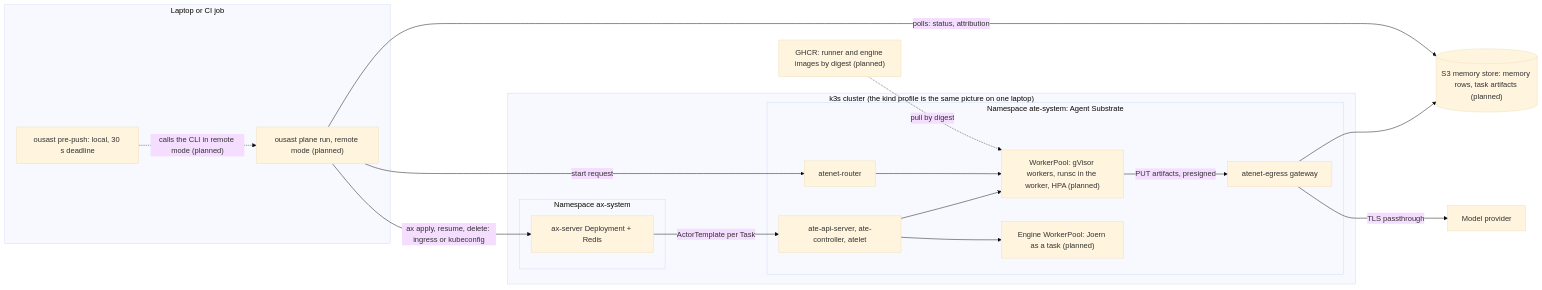
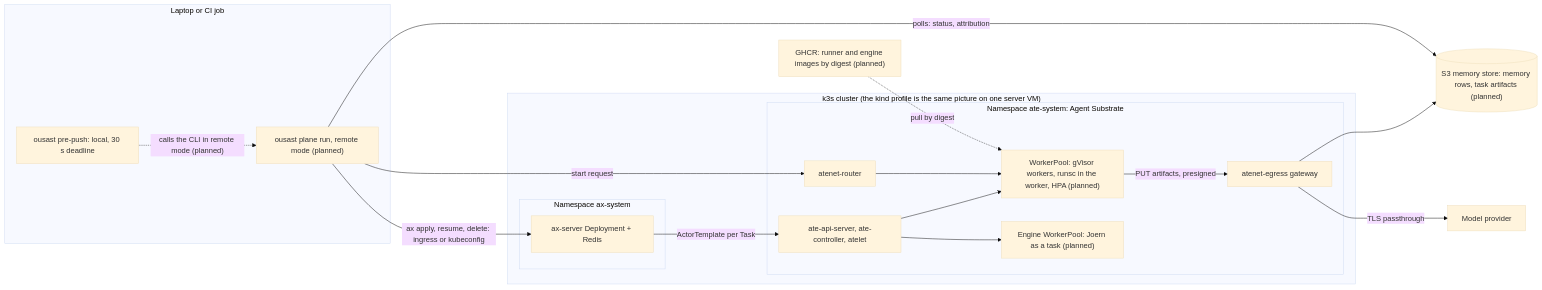
The second of 2 diagrams in docs/deployment.md (norandom/OpenUltraSAST), drawn with Mermaid (base theme) before and after one commit. The commit also changed other lines of this file and 11 other files, not shown here.

````diff
--- a/docs/deployment.md
+++ b/docs/deployment.md
@@ -365,34 +380,34 @@
 ```mermaid
 flowchart LR
     subgraph dev ["Laptop or CI job"]
         hook["ousast pre-push: local, 30 s deadline"]
         cli["ousast plane run, remote mode (planned)"]
     end
-    subgraph k3s ["k3s cluster (the kind profile is the same picture on one laptop)"]
+    subgraph k3s ["k3s cluster (the kind profile is the same picture on one server VM)"]
         subgraph axns ["Namespace ax-system"]
             axs["ax-server Deployment + Redis"]
         end
         subgraph atens ["Namespace ate-system: Agent Substrate"]
             ctl["ate-api-server, ate-controller, atelet"]
             rt["atenet-router"]
             eg["atenet-egress gateway"]
             wp["WorkerPool: gVisor workers, runsc in the worker, HPA (planned)"]
             ewp["Engine WorkerPool: Joern as a task (planned)"]
         end
     end
     ghcr["GHCR: runner and engine images by digest (planned)"]
     s3[("S3 memory store: memory rows, task artifacts (planned)")]
     llm["Model provider"]
     hook -. "calls the CLI in remote mode (planned)" .-> cli
     cli -- "ax apply, resume, delete: ingress or kubeconfig" --> axs
     axs -- "ActorTemplate per Task" --> ctl
     ctl --> wp
     ctl --> ewp
     cli -- "start request" --> rt
     rt --> wp
     wp -- "PUT artifacts, presigned" --> eg
     eg --> s3
     eg -- "TLS passthrough" --> llm
     ghcr -. "pull by digest" .-> wp
     cli -- "polls: status, attribution" --> s3
 ```
````
